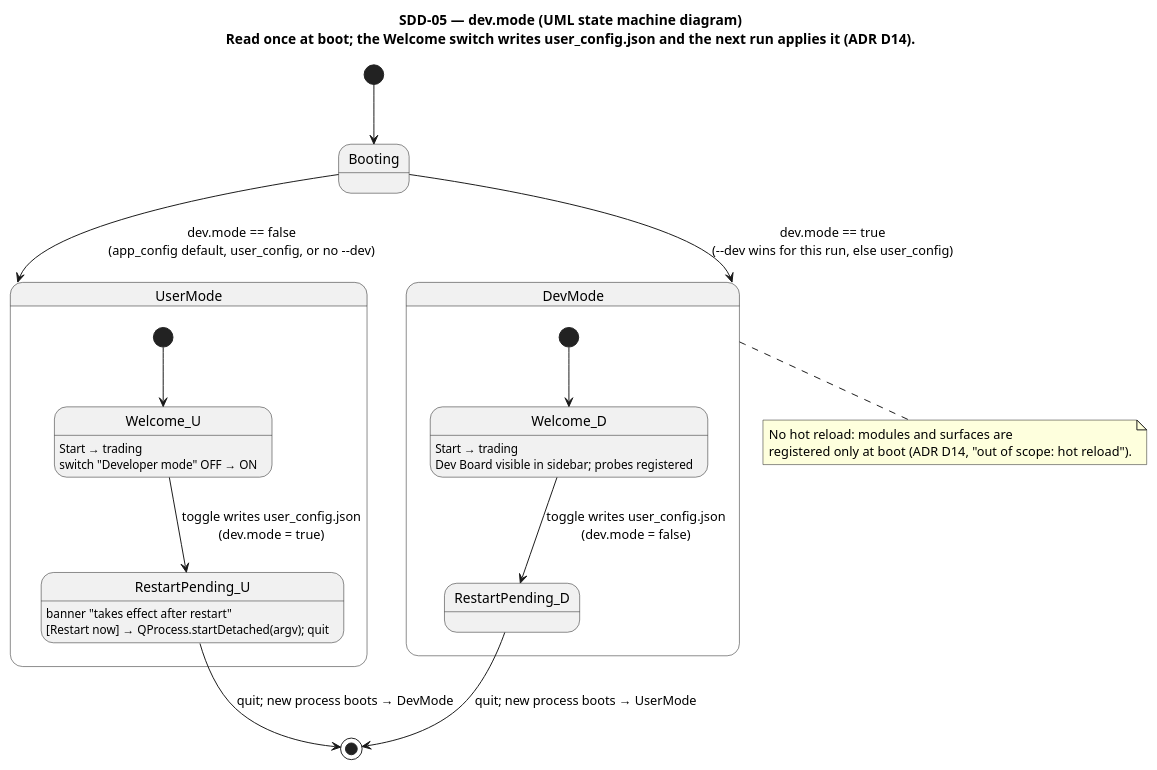
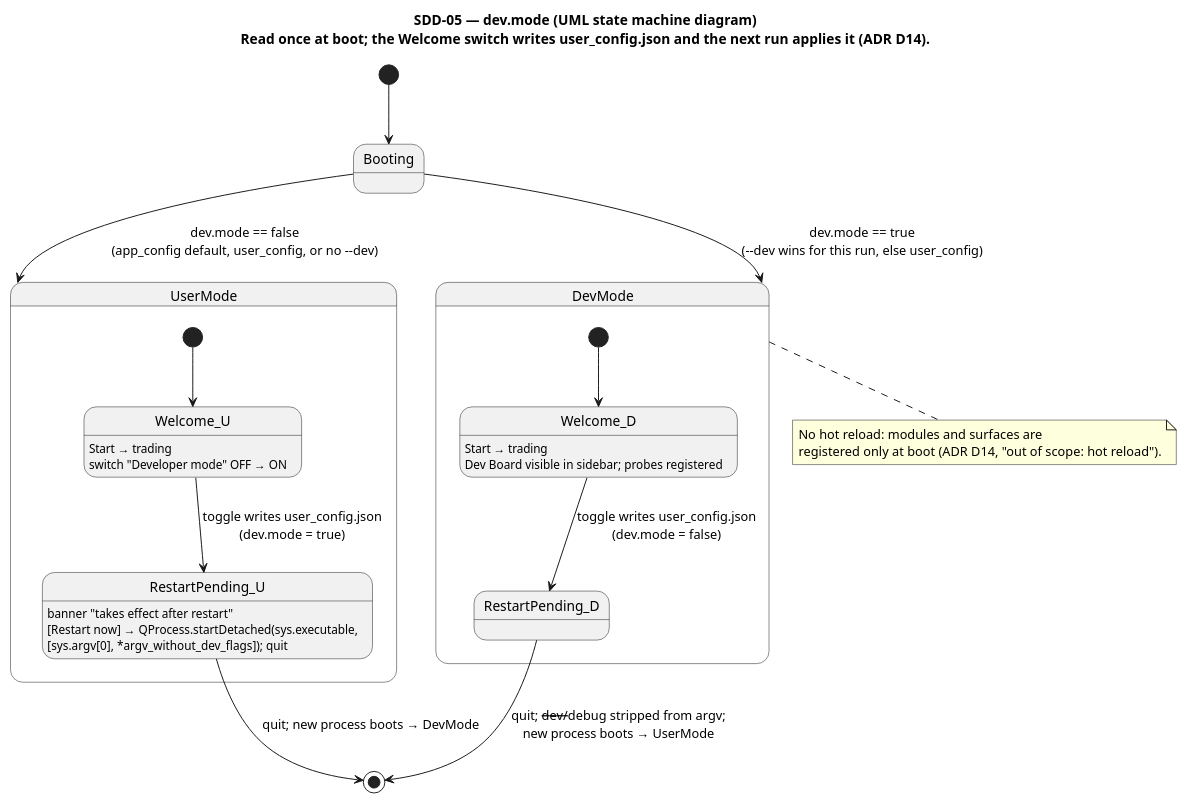
Before and after one commit to anhembedded/Sagittarius_Elite_Warrior: the diagram in Docs/SDD/diagrams/sdd-05_dev_mode_state.puml, drawn with PlantUML. The commit also changed 19 other files, not shown here.

```diff
--- a/Docs/SDD/diagrams/sdd-05_dev_mode_state.puml
+++ b/Docs/SDD/diagrams/sdd-05_dev_mode_state.puml
@@ -1,29 +1,29 @@
 @startuml sdd-05_dev_mode_state
 title SDD-05 — dev.mode (UML **state machine diagram**)\nRead once at boot; the Welcome switch writes user_config.json and the next run applies it (ADR D14).
 [*] --> Booting
 Booting --> UserMode : dev.mode == false\n(app_config default, user_config, or no --dev)
 Booting --> DevMode : dev.mode == true\n(--dev wins for this run, else user_config)
 
 state UserMode {
   [*] --> Welcome_U
   Welcome_U : Start → trading
   Welcome_U : switch "Developer mode" OFF → ON
   Welcome_U --> RestartPending_U : toggle writes user_config.json\n(dev.mode = true)
   RestartPending_U : banner "takes effect after restart"
-  RestartPending_U : [Restart now] → QProcess.startDetached(argv); quit
+  RestartPending_U : [Restart now] → QProcess.startDetached(sys.executable,\n[sys.argv[0], *argv_without_dev_flags]); quit
 }
 
 state DevMode {
   [*] --> Welcome_D
   Welcome_D : Start → trading
   Welcome_D : Dev Board visible in sidebar; probes registered
   Welcome_D --> RestartPending_D : toggle writes user_config.json\n(dev.mode = false)
 }
 
 RestartPending_U --> [*] : quit; new process boots → DevMode
-RestartPending_D --> [*] : quit; new process boots → UserMode
+RestartPending_D --> [*] : quit; --dev/--debug stripped from argv;\nnew process boots → UserMode
 note bottom of DevMode
   No hot reload: modules and surfaces are
   registered only at boot (ADR D14, "out of scope: hot reload").
 end note
 @enduml
```
